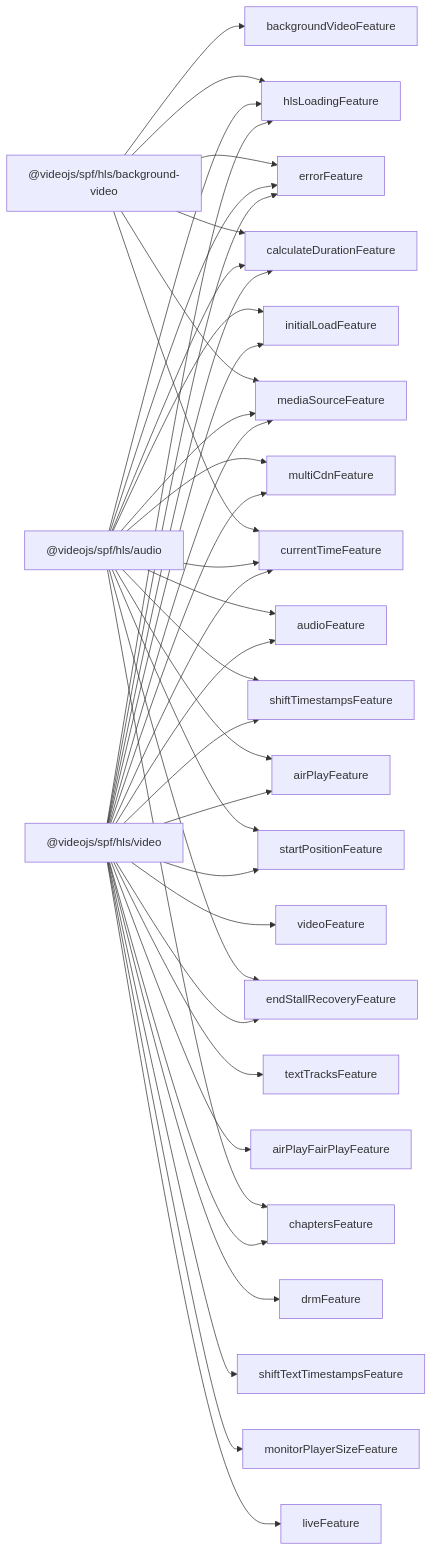
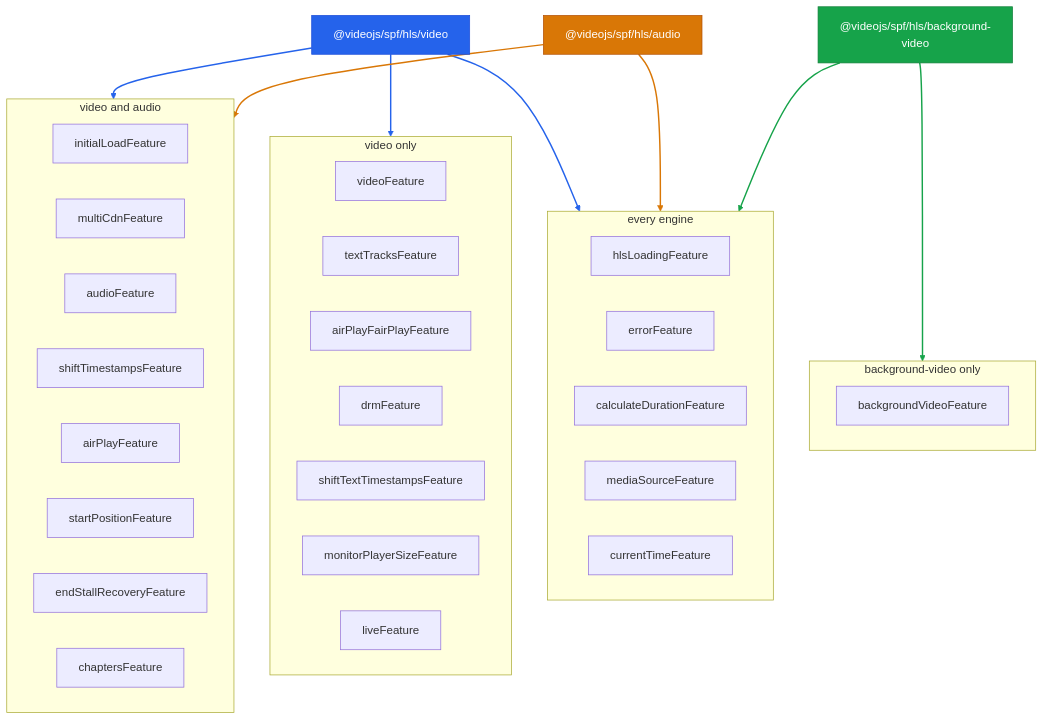
Before and after one commit to videojs/video.js: the diagram in packages/spf/docs/reference/README.md, drawn with Mermaid. The commit also changed other lines of this file and 1 other file, not shown here.

Commit message:
build(spf): color-code the engines diagram and group features by who composes them
The README's engines-and-features flowchart drew one arrow per engine per
feature: 39 arrows between three engines and 21 features, too dense to
read. Now:

- Features are grouped into subgraphs by the set of engines that compose
  them ("every engine", "video and audio", "video only", "background-video
  only"), so an engine draws one arrow per group: seven arrows in all.
  Within a group, features keep the composition order of the first engine
  that lists them; each engine page still lists its own features in order.
- Each engine's box and its arrows share a color (`classDef` + `linkStyle`),
  on a fixed palette readable on GitHub's light and dark Mermaid themes.
- Top to bottom rather than left to right, so each group renders as a
  column. A subgraph that is an edge target ignores its own `direction`,
  so the graph direction is the only one that counts.

Rendered and checked with Mermaid 11 in both themes.

````diff
--- a/packages/spf/docs/reference/README.md
+++ b/packages/spf/docs/reference/README.md
@@ -13,66 +15,52 @@
 ```mermaid
-graph LR
-  engine_video["@videojs/spf/hls/video"]
-  engine_audio["@videojs/spf/hls/audio"]
-  engine_background_video["@videojs/spf/hls/background-video"]
-  feature_airplay["airPlayFeature"]
-  feature_airplay_fairplay["airPlayFairPlayFeature"]
-  feature_audio["audioFeature"]
-  feature_background_video["backgroundVideoFeature"]
-  feature_calculate_duration["calculateDurationFeature"]
-  feature_chapters["chaptersFeature"]
-  feature_current_time["currentTimeFeature"]
-  feature_drm["drmFeature"]
-  feature_end_stall_recovery["endStallRecoveryFeature"]
-  feature_error["errorFeature"]
-  feature_hls_loading["hlsLoadingFeature"]
-  feature_initial_load["initialLoadFeature"]
-  feature_live["liveFeature"]
-  feature_media_source["mediaSourceFeature"]
-  feature_monitor_player_size["monitorPlayerSizeFeature"]
-  feature_multi_cdn["multiCdnFeature"]
-  feature_shift_text_timestamps["shiftTextTimestampsFeature"]
-  feature_shift_timestamps["shiftTimestampsFeature"]
-  feature_start_position["startPositionFeature"]
-  feature_text_tracks["textTracksFeature"]
-  feature_video["videoFeature"]
-  engine_video --> feature_initial_load
-  engine_video --> feature_hls_loading
-  engine_video --> feature_multi_cdn
-  engine_video --> feature_error
-  engine_video --> feature_calculate_duration
-  engine_video --> feature_media_source
-  engine_video --> feature_video
-  engine_video --> feature_audio
-  engine_video --> feature_text_tracks
-  engine_video --> feature_airplay_fairplay
-  engine_video --> feature_drm
-  engine_video --> feature_shift_timestamps
-  engine_video --> feature_shift_text_timestamps
-  engine_video --> feature_airplay
-  engine_video --> feature_current_time
-  engine_video --> feature_start_position
-  engine_video --> feature_monitor_player_size
-  engine_video --> feature_live
-  engine_video --> feature_end_stall_recovery
-  engine_video --> feature_chapters
-  engine_audio --> feature_initial_load
-  engine_audio --> feature_hls_loading
-  engine_audio --> feature_multi_cdn
-  engine_audio --> feature_error
-  engine_audio --> feature_calculate_duration
-  engine_audio --> feature_media_source
-  engine_audio --> feature_audio
-  engine_audio --> feature_shift_timestamps
-  engine_audio --> feature_airplay
-  engine_audio --> feature_current_time
-  engine_audio --> feature_start_position
-  engine_audio --> feature_end_stall_recovery
-  engine_audio --> feature_chapters
-  engine_background_video --> feature_hls_loading
-  engine_background_video --> feature_error
-  engine_background_video --> feature_calculate_duration
-  engine_background_video --> feature_media_source
-  engine_background_video --> feature_background_video
-  engine_background_video --> feature_current_time
+graph TB
+  classDef engine_video fill:#2563eb,stroke:#1d4ed8,color:#fff
+  engine_video["@videojs/spf/hls/video"]:::engine_video
+  classDef engine_audio fill:#d97706,stroke:#b45309,color:#fff
+  engine_audio["@videojs/spf/hls/audio"]:::engine_audio
+  classDef engine_background_video fill:#16a34a,stroke:#15803d,color:#fff
+  engine_background_video["@videojs/spf/hls/background-video"]:::engine_background_video
+  subgraph group_0["every engine"]
+    feature_hls_loading["hlsLoadingFeature"]
+    feature_error["errorFeature"]
+    feature_calculate_duration["calculateDurationFeature"]
+    feature_media_source["mediaSourceFeature"]
+    feature_current_time["currentTimeFeature"]
+  end
+  subgraph group_1["video and audio"]
+    feature_initial_load["initialLoadFeature"]
+    feature_multi_cdn["multiCdnFeature"]
+    feature_audio["audioFeature"]
+    feature_shift_timestamps["shiftTimestampsFeature"]
+    feature_airplay["airPlayFeature"]
+    feature_start_position["startPositionFeature"]
+    feature_end_stall_recovery["endStallRecoveryFeature"]
+    feature_chapters["chaptersFeature"]
+  end
+  subgraph group_2["video only"]
+    feature_video["videoFeature"]
+    feature_text_tracks["textTracksFeature"]
+    feature_airplay_fairplay["airPlayFairPlayFeature"]
+    feature_drm["drmFeature"]
+    feature_shift_text_timestamps["shiftTextTimestampsFeature"]
+    feature_monitor_player_size["monitorPlayerSizeFeature"]
+    feature_live["liveFeature"]
+  end
+  subgraph group_3["background-video only"]
+    feature_background_video["backgroundVideoFeature"]
+  end
+  engine_video --> group_0
+  linkStyle 0 stroke:#2563eb,stroke-width:2px
+  engine_video --> group_1
+  linkStyle 1 stroke:#2563eb,stroke-width:2px
+  engine_video --> group_2
+  linkStyle 2 stroke:#2563eb,stroke-width:2px
+  engine_audio --> group_0
+  linkStyle 3 stroke:#d97706,stroke-width:2px
+  engine_audio --> group_1
+  linkStyle 4 stroke:#d97706,stroke-width:2px
+  engine_background_video --> group_0
+  linkStyle 5 stroke:#16a34a,stroke-width:2px
+  engine_background_video --> group_3
+  linkStyle 6 stroke:#16a34a,stroke-width:2px
 ```
````
